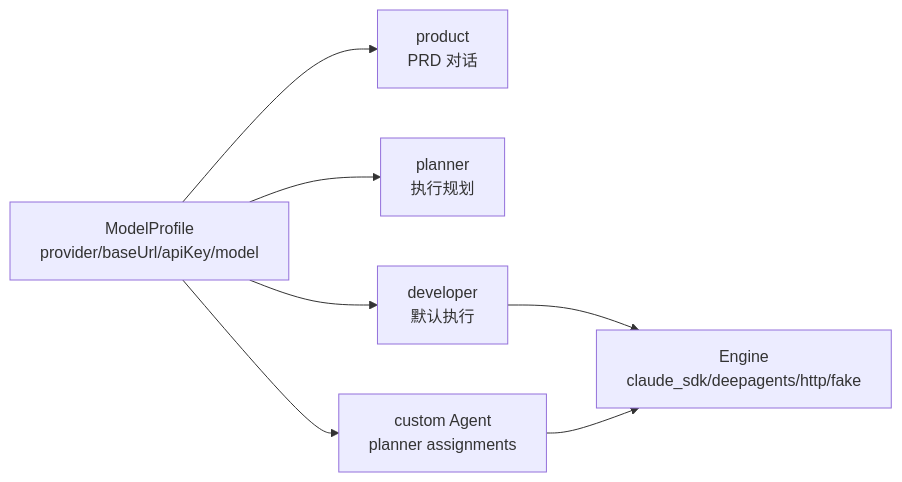
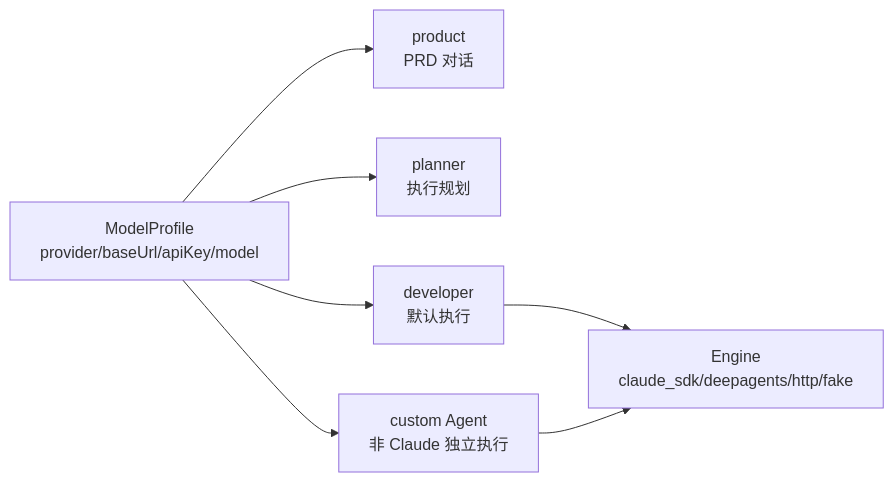
The first of 3 diagrams in docs/architecture.md (IsNoOneHere/asterism), drawn with Mermaid before and after one commit. The commit also changed other lines of this file and 33 other files, not shown here.

````diff
--- a/docs/architecture.md
+++ b/docs/architecture.md
@@ -9,9 +9,9 @@
 ```mermaid
 flowchart LR
     P["ModelProfile\nprovider/baseUrl/apiKey/model"] --> U["product\nPRD 对话"]
     P --> L["planner\n执行规划"]
     P --> D["developer\n默认执行"]
-    P --> C["custom Agent\nplanner assignments"]
+    P --> C["custom Agent\n非 Claude 独立执行"]
     D --> E["Engine\nclaude_sdk/deepagents/http/fake"]
     C --> E
 ```
````
